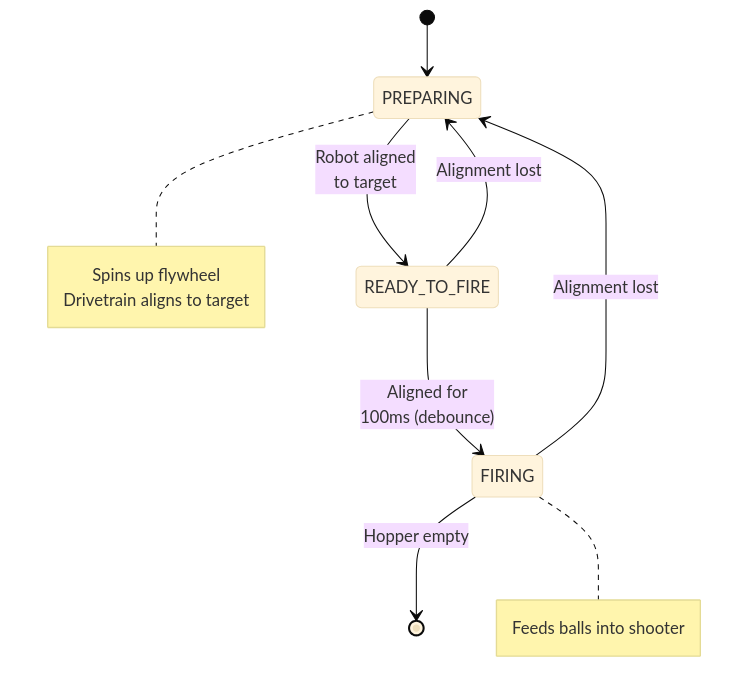
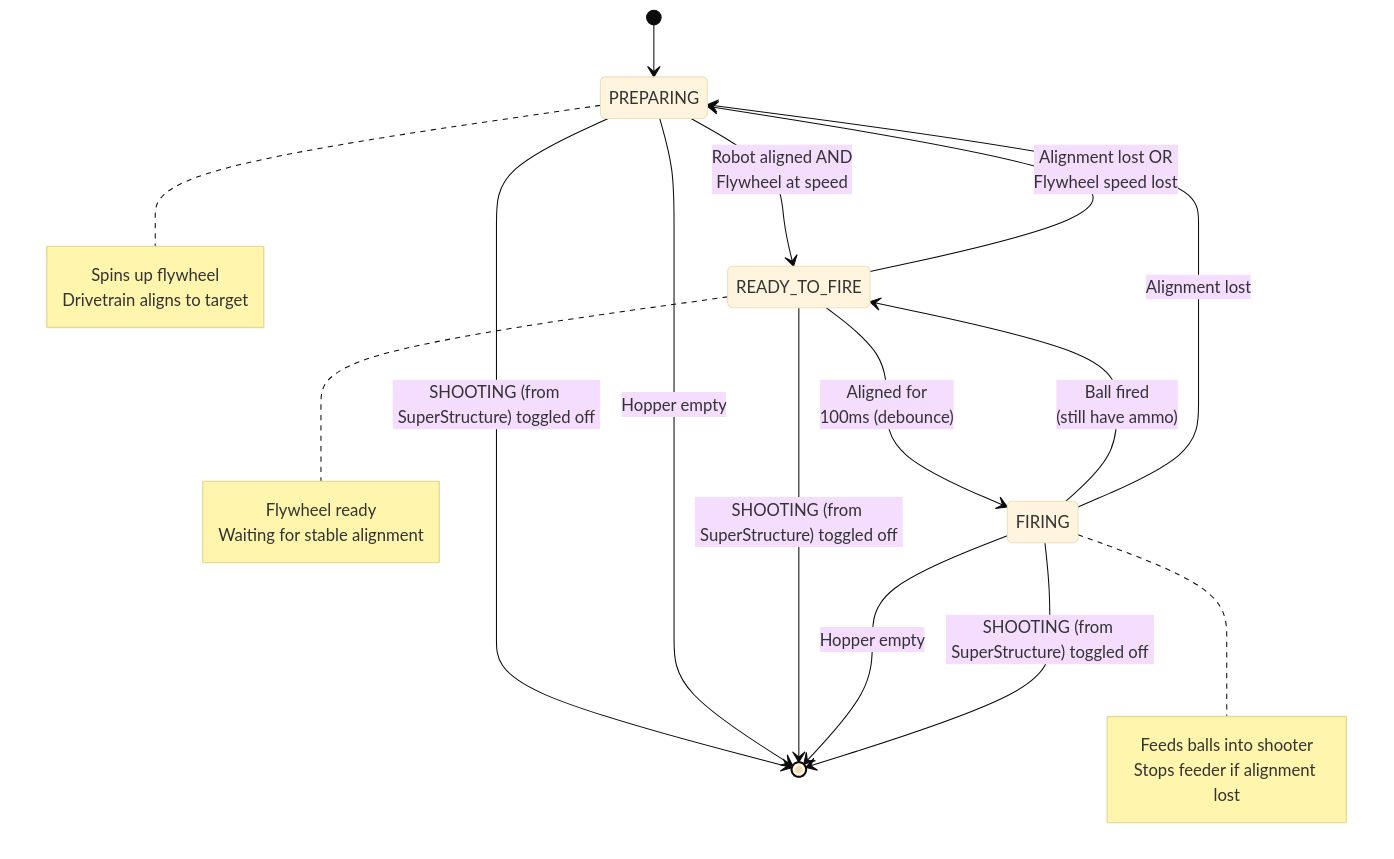
Before and after one commit to FRCTeam360/RainMaker26: the diagram in docs/ShootingStateMachine.mmd, drawn with Mermaid (base theme). The commit also changed 4 other files, not shown here.

```diff
--- a/docs/ShootingStateMachine.mmd
+++ b/docs/ShootingStateMachine.mmd
@@ -1,17 +1,25 @@
 %% Shooting State Diagram (internal states while SHOOTING is active)
+%% Parent state: SuperStructure.SHOOTING
+%% Entry: Shoot toggled on | Exit: Shoot toggled off, Hopper empty, or Eject pressed
 stateDiagram-v2
     [*] --> PREPARING
 
     %% Preparing to shoot
-    PREPARING --> READY_TO_FIRE : Robot aligned<br>to target
+    PREPARING --> READY_TO_FIRE : Robot aligned AND<br>Flywheel at speed
+    PREPARING --> [*] : SHOOTING (from SuperStructure) toggled off
+    PREPARING --> [*] : Hopper empty
 
     %% Ready to fire
     READY_TO_FIRE --> FIRING : Aligned for<br>100ms (debounce)
-    READY_TO_FIRE --> PREPARING : Alignment lost
+    READY_TO_FIRE --> PREPARING : Alignment lost OR<br>Flywheel speed lost
+    READY_TO_FIRE --> [*] : SHOOTING (from SuperStructure) toggled off
 
     %% Firing
+    FIRING --> READY_TO_FIRE : Ball fired<br>(still have ammo)
     FIRING --> PREPARING : Alignment lost
     FIRING --> [*] : Hopper empty
+    FIRING --> [*] : SHOOTING (from SuperStructure) toggled off
 
     note right of PREPARING : Spins up flywheel<br>Drivetrain aligns to target
-    note right of FIRING : Feeds balls into shooter
+    note right of READY_TO_FIRE : Flywheel ready<br>Waiting for stable alignment
+    note right of FIRING : Feeds balls into shooter<br>Stops feeder if alignment lost
```
